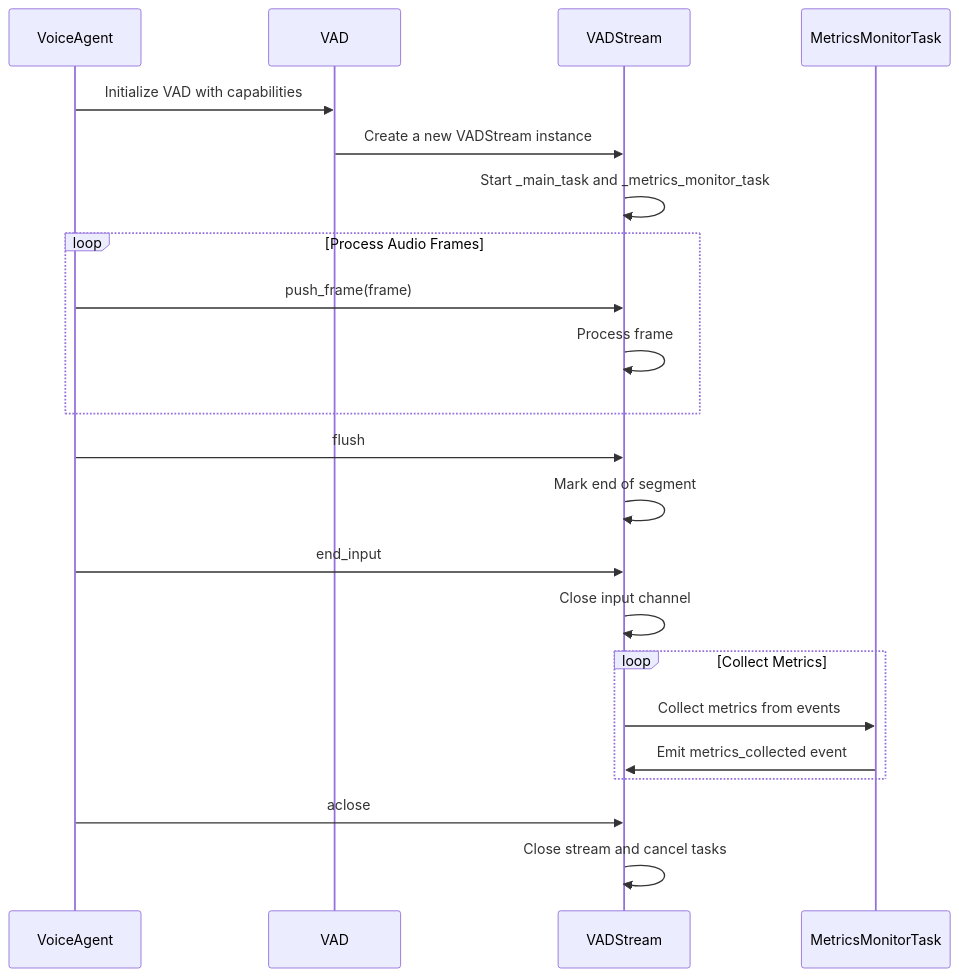
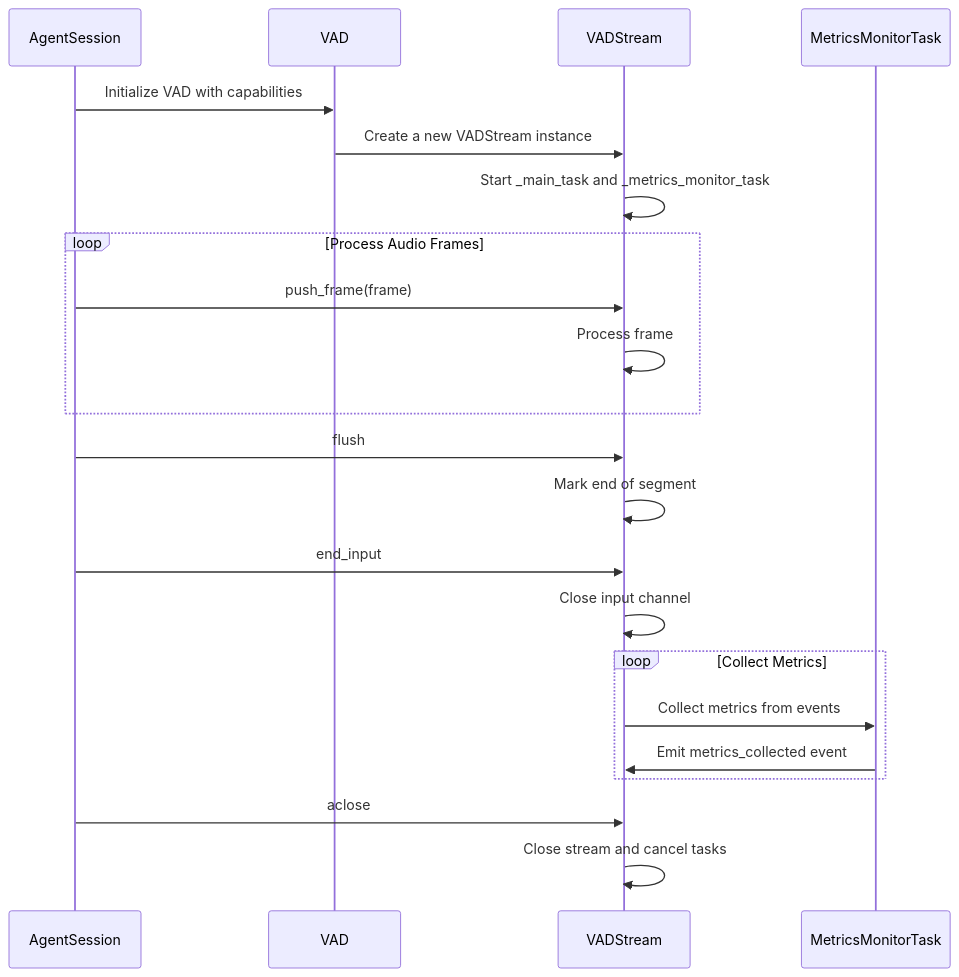
Before and after one commit to yepher/livekit_info: the tenth of 23 diagrams in API_GUIDE.md, drawn with Mermaid. The commit also changed other lines of this file and 14 other files, not shown here.

Commit message:
Converts VoiceAgent to AgentSession

````diff
--- a/API_GUIDE.md
+++ b/API_GUIDE.md
@@ -1056,30 +1056,30 @@
 ```mermaid
 sequenceDiagram
-    participant User as VoiceAgent
+    participant User as AgentSession
     participant VAD
     participant VADStream
     participant MetricsMonitorTask
 
     User ->> VAD: Initialize VAD with capabilities
     VAD ->> VADStream: Create a new VADStream instance
     VADStream ->> VADStream: Start _main_task and _metrics_monitor_task
 
     loop Process Audio Frames
         User ->> VADStream: push_frame(frame)
         VADStream ->> VADStream: Process frame
     end
 
     User ->> VADStream: flush
     VADStream ->> VADStream: Mark end of segment
 
     User ->> VADStream: end_input
     VADStream ->> VADStream: Close input channel
 
     loop Collect Metrics
         VADStream ->> MetricsMonitorTask: Collect metrics from events
         MetricsMonitorTask ->> VADStream: Emit metrics_collected event
     end
 
     User ->> VADStream: aclose
     VADStream ->> VADStream: Close stream and cancel tasks
 ```
````
